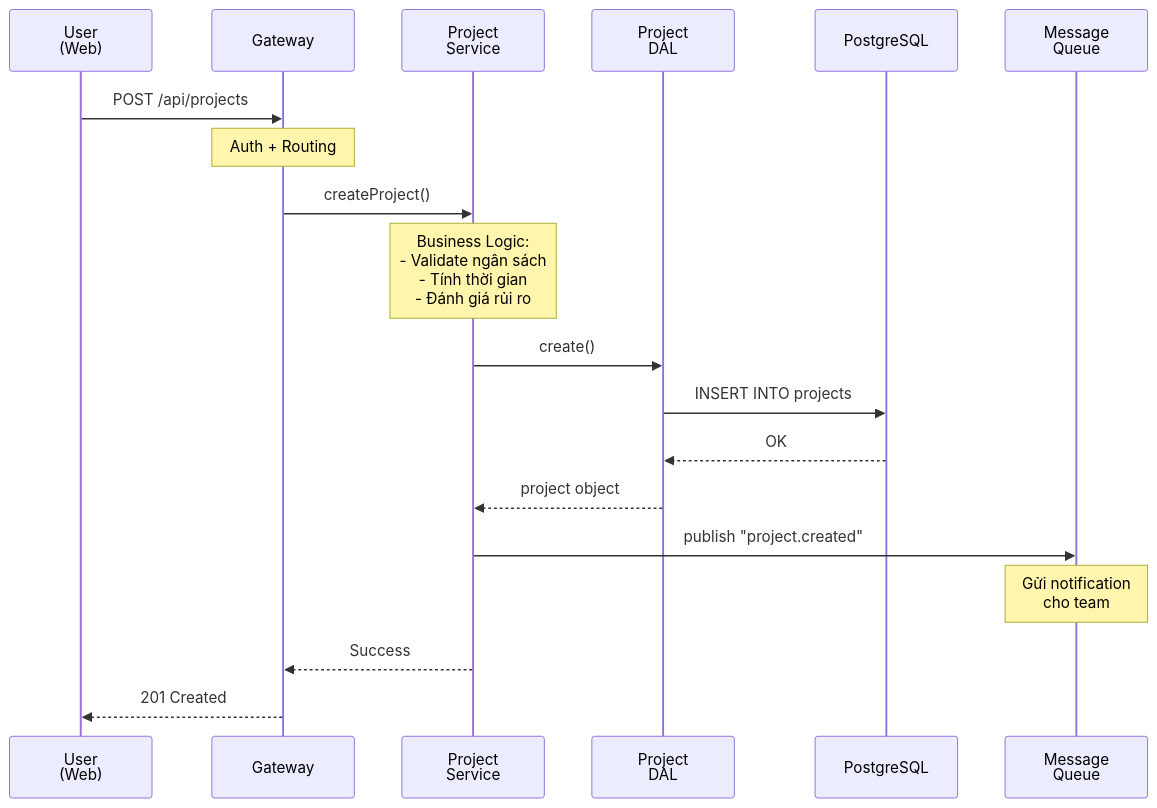
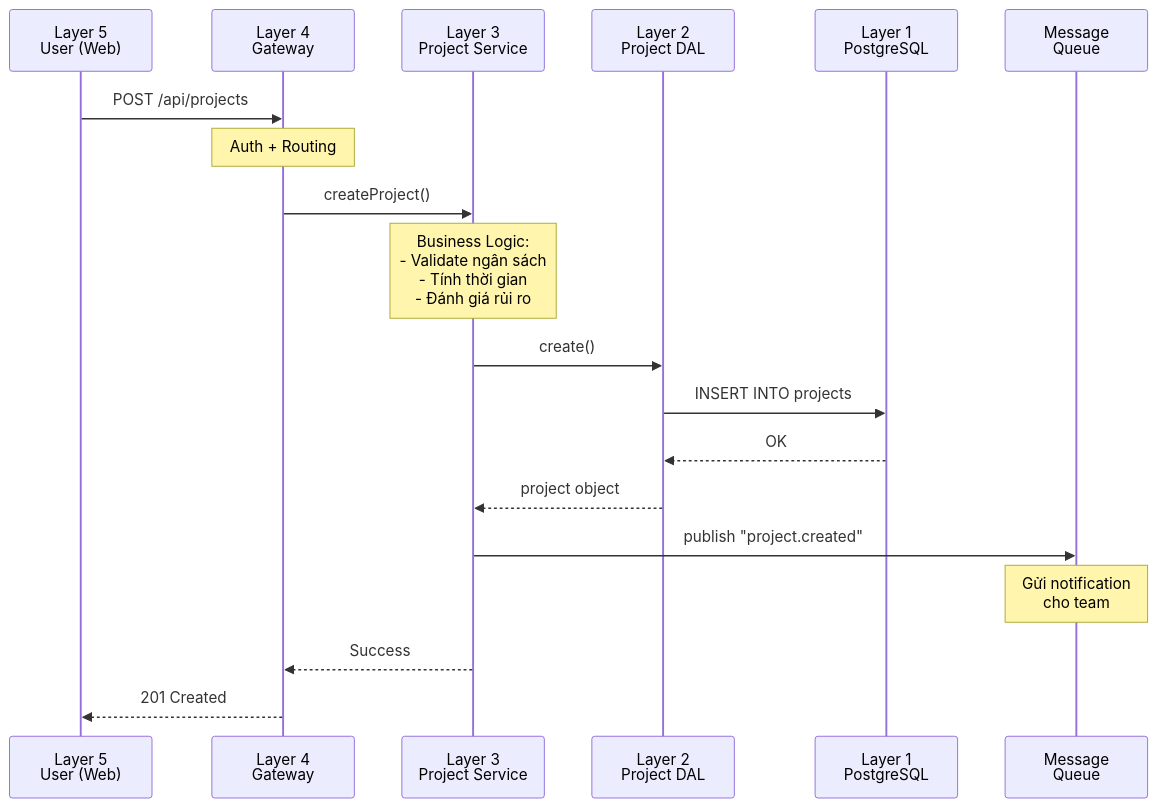
Before and after one commit to phuc-nt/system-architect-docs: the third of 7 diagrams in 5-layer/construction-project-management-5-layer.md, drawn with Mermaid. The commit also changed other lines of this file and 1 other file, not shown here.

First line of the commit message:
Add layer numbers to sequence diagrams for better clarity

````diff
--- a/5-layer/construction-project-management-5-layer.md
+++ b/5-layer/construction-project-management-5-layer.md
@@ -296,22 +317,22 @@
 ```mermaid
 sequenceDiagram
-    participant U as User<br/>(Web)
-    participant GW as Gateway
-    participant PS as Project<br/>Service
-    participant PD as Project<br/>DAL
-    participant DB as PostgreSQL
+    participant U as Layer 5<br/>User (Web)
+    participant GW as Layer 4<br/>Gateway
+    participant PS as Layer 3<br/>Project Service
+    participant PD as Layer 2<br/>Project DAL
+    participant DB as Layer 1<br/>PostgreSQL
     participant MQ as Message<br/>Queue
 
     U->>GW: POST /api/projects
     Note over GW: Auth + Routing
     GW->>PS: createProject()
     Note over PS: Business Logic:<br/>- Validate ngân sách<br/>- Tính thời gian<br/>- Đánh giá rủi ro
     PS->>PD: create()
     PD->>DB: INSERT INTO projects
     DB-->>PD: OK
     PD-->>PS: project object
     PS->>MQ: publish "project.created"
     Note over MQ: Gửi notification<br/>cho team
     PS-->>GW: Success
     GW-->>U: 201 Created
 ```
````
